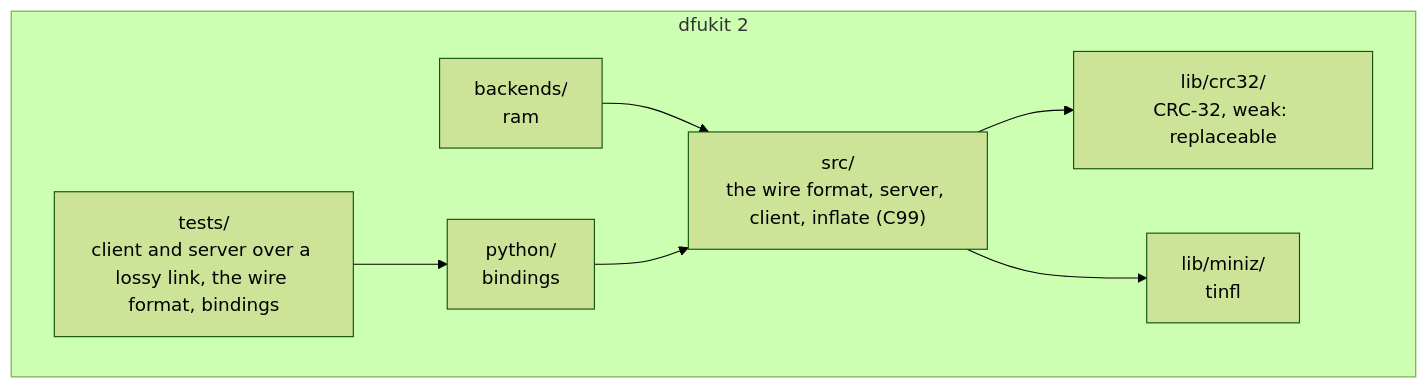
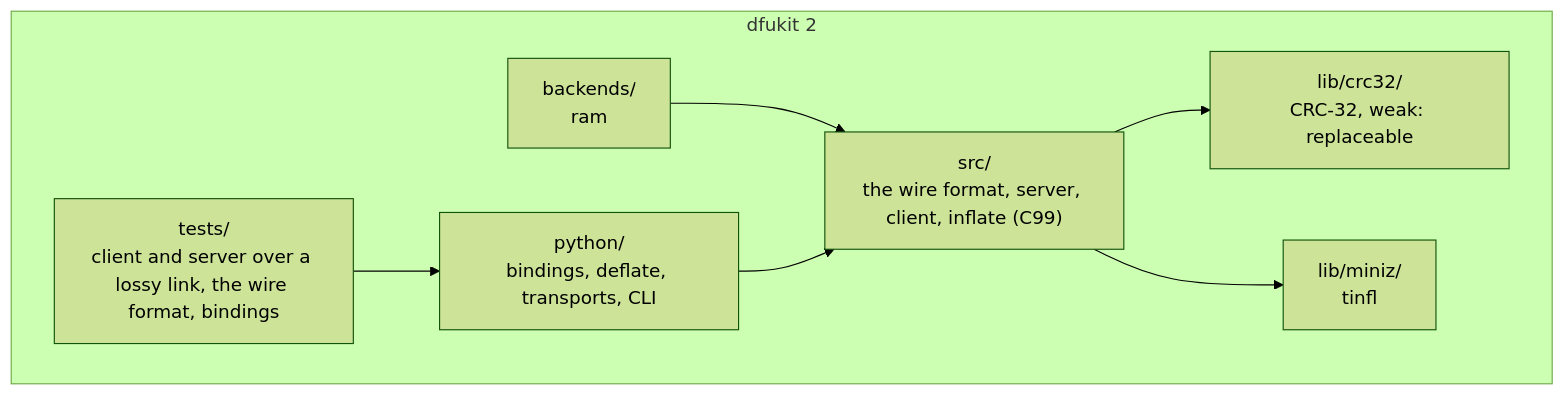
One commit to fvsolutions-dev/dfukit changed diagram 14 of 15 in DESIGN.md. Above: the diagram before and after it, drawn with Mermaid (forest theme). The commit also changed other lines of this file and 17 other files, not shown here.

````diff
--- a/DESIGN.md
+++ b/DESIGN.md
@@ -483,16 +512,16 @@
 ```mermaid
 flowchart TB
     subgraph repo [dfukit 2]
         core["src/<br/>the wire format, server, client, inflate (C99)"]
         crc["lib/crc32/<br/>CRC-32, weak: replaceable"]
         miniz["lib/miniz/<br/>tinfl"]
         backends["backends/<br/>ram"]
-        py["python/<br/>bindings"]
+        py["python/<br/>bindings, deflate, transports, CLI"]
         tests["tests/<br/>client and server over a lossy link, the wire format, bindings"]
     end
     core --> crc
     core --> miniz
     backends --> core
     py --> core
     tests --> py
 ```
````
